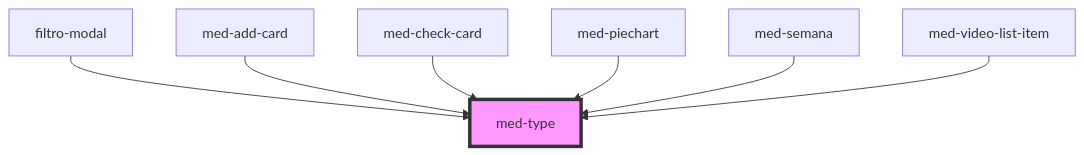
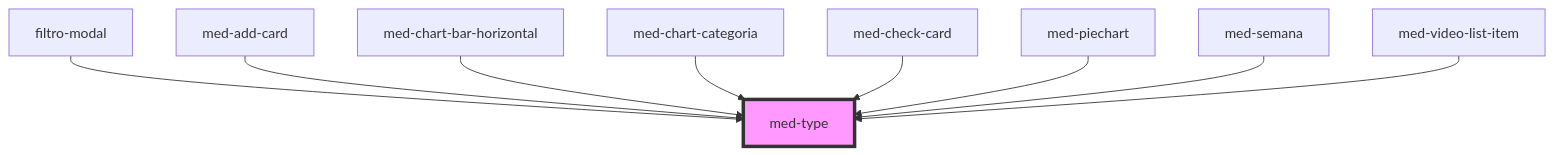
Before and after one commit to MEDGRUPOGIT/ionic-framework-1: the diagram in core/src/components/@medgrupo/core/med-type/readme.md, drawn with Mermaid. The commit also changed other lines of this file and 32 other files, not shown here.

````diff
--- a/core/src/components/@medgrupo/core/med-type/readme.md
+++ b/core/src/components/@medgrupo/core/med-type/readme.md
@@ -28,10 +30,12 @@
 ```mermaid
 graph TD;
   filtro-modal --> med-type
   med-add-card --> med-type
+  med-chart-bar-horizontal --> med-type
+  med-chart-categoria --> med-type
   med-check-card --> med-type
   med-piechart --> med-type
   med-semana --> med-type
   med-video-list-item --> med-type
   style med-type fill:#f9f,stroke:#333,stroke-width:4px
 ```
````
